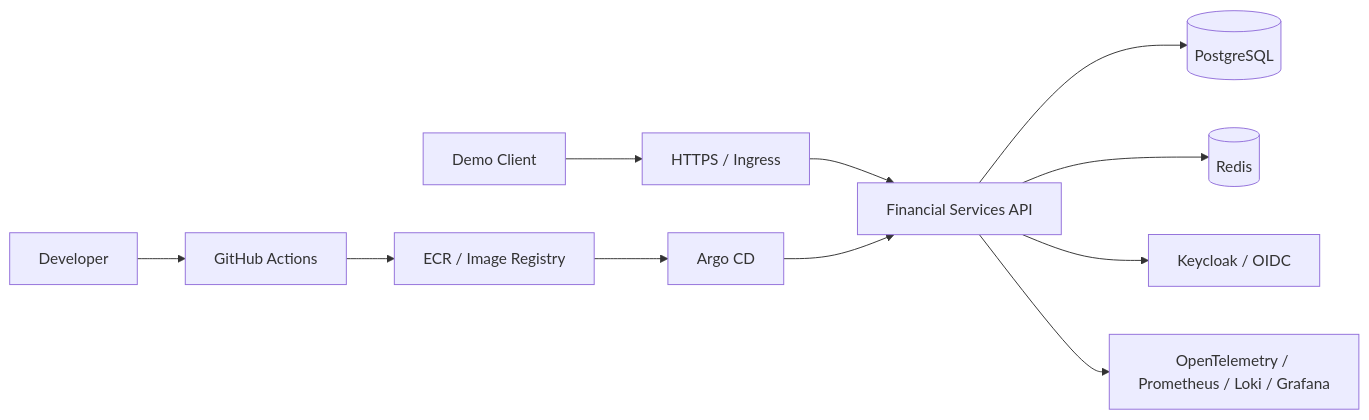
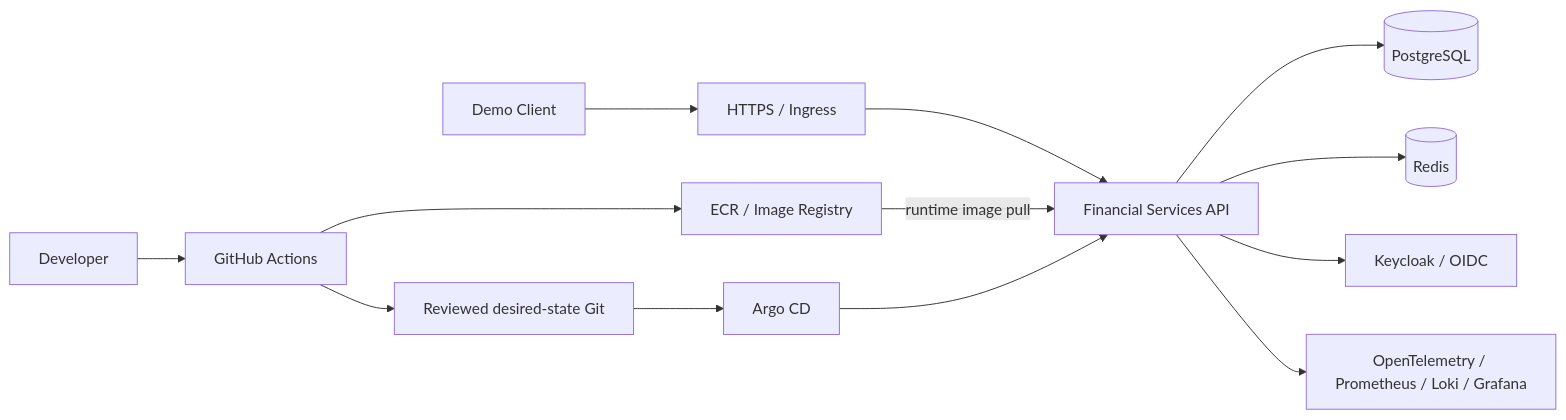
The diagram in README.md (Kashmitha/secure-cloud-platform), drawn with Mermaid before and after one commit. The commit also changed other lines of this file and 5 other files, not shown here.

Commit message:
docs(p01): approve architecture and initial threat model

````diff
--- a/README.md
+++ b/README.md
@@ -41,13 +41,15 @@
 ```mermaid
 flowchart LR
   Client[Demo Client] --> Ingress[HTTPS / Ingress]
   Ingress --> API[Financial Services API]
   API --> DB[(PostgreSQL)]
   API --> Cache[(Redis)]
   API --> Auth[Keycloak / OIDC]
   Dev[Developer] --> CI[GitHub Actions]
   CI --> Registry[ECR / Image Registry]
-  Registry --> GitOps[Argo CD]
+  CI --> Desired[Reviewed desired-state Git]
+  Desired --> GitOps[Argo CD]
+  Registry -->|runtime image pull| API
   GitOps --> API
   API --> Telemetry[OpenTelemetry / Prometheus / Loki / Grafana]
 ```
````
